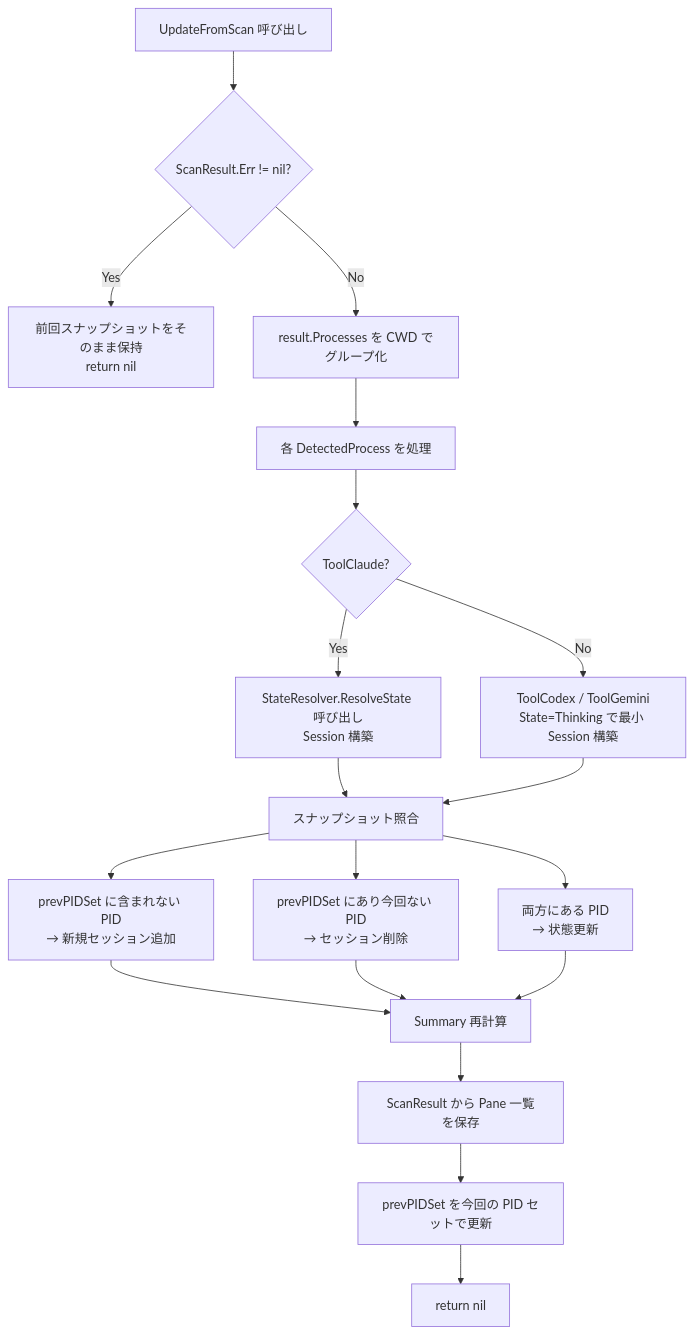
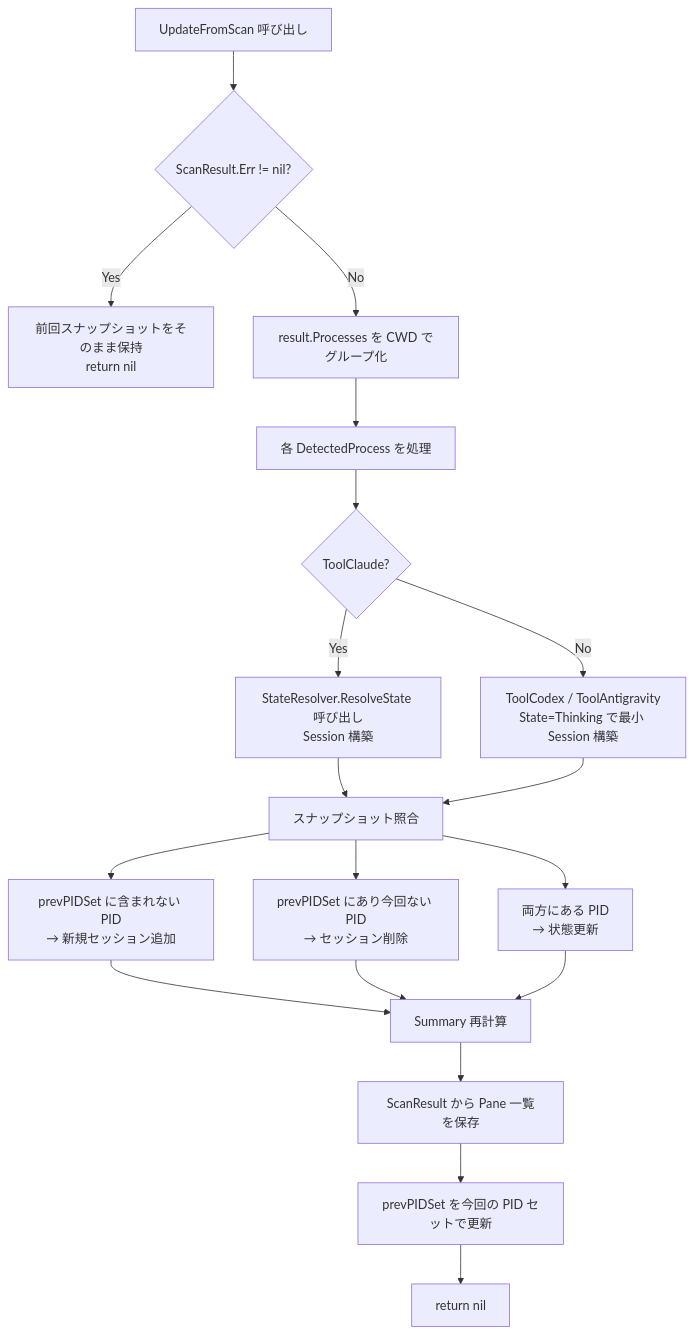
The diagram in docs/design/detailed/state-manager.md (yoshihiko555/baton), drawn with Mermaid before and after one commit. The commit also changed other lines of this file and 30 other files, not shown here.

First line of the commit message:
feat: Gemini CLI 対応を Antigravity CLI (agy) 対応に置き換え (#38)

````diff
--- a/docs/design/detailed/state-manager.md
+++ b/docs/design/detailed/state-manager.md
@@ -122,21 +122,21 @@
 ```mermaid
 flowchart TD
     A[UpdateFromScan 呼び出し] --> B{ScanResult.Err != nil?}
     B -- Yes --> C[前回スナップショットをそのまま保持\nreturn nil]
     B -- No --> D[result.Processes を CWD でグループ化]
     D --> E[各 DetectedProcess を処理]
     E --> F{ToolClaude?}
     F -- Yes --> G[StateResolver.ResolveState 呼び出し\nSession 構築]
-    F -- No --> H[ToolCodex / ToolGemini\nState=Thinking で最小 Session 構築]
+    F -- No --> H[ToolCodex / ToolAntigravity\nState=Thinking で最小 Session 構築]
     G --> I[スナップショット照合]
     H --> I
     I --> J[prevPIDSet に含まれない PID\n→ 新規セッション追加]
     I --> K[prevPIDSet にあり今回ない PID\n→ セッション削除]
     I --> L[両方にある PID\n→ 状態更新]
     J --> M[Summary 再計算]
     K --> M
     L --> M
     M --> N[ScanResult から Pane 一覧を保存]
     N --> O[prevPIDSet を今回の PID セットで更新]
     O --> P[return nil]
 ```
````
